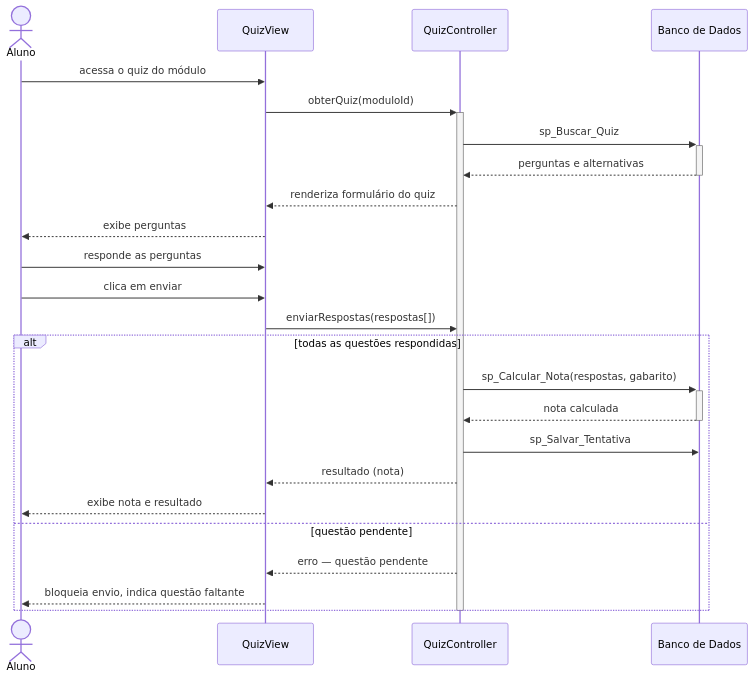
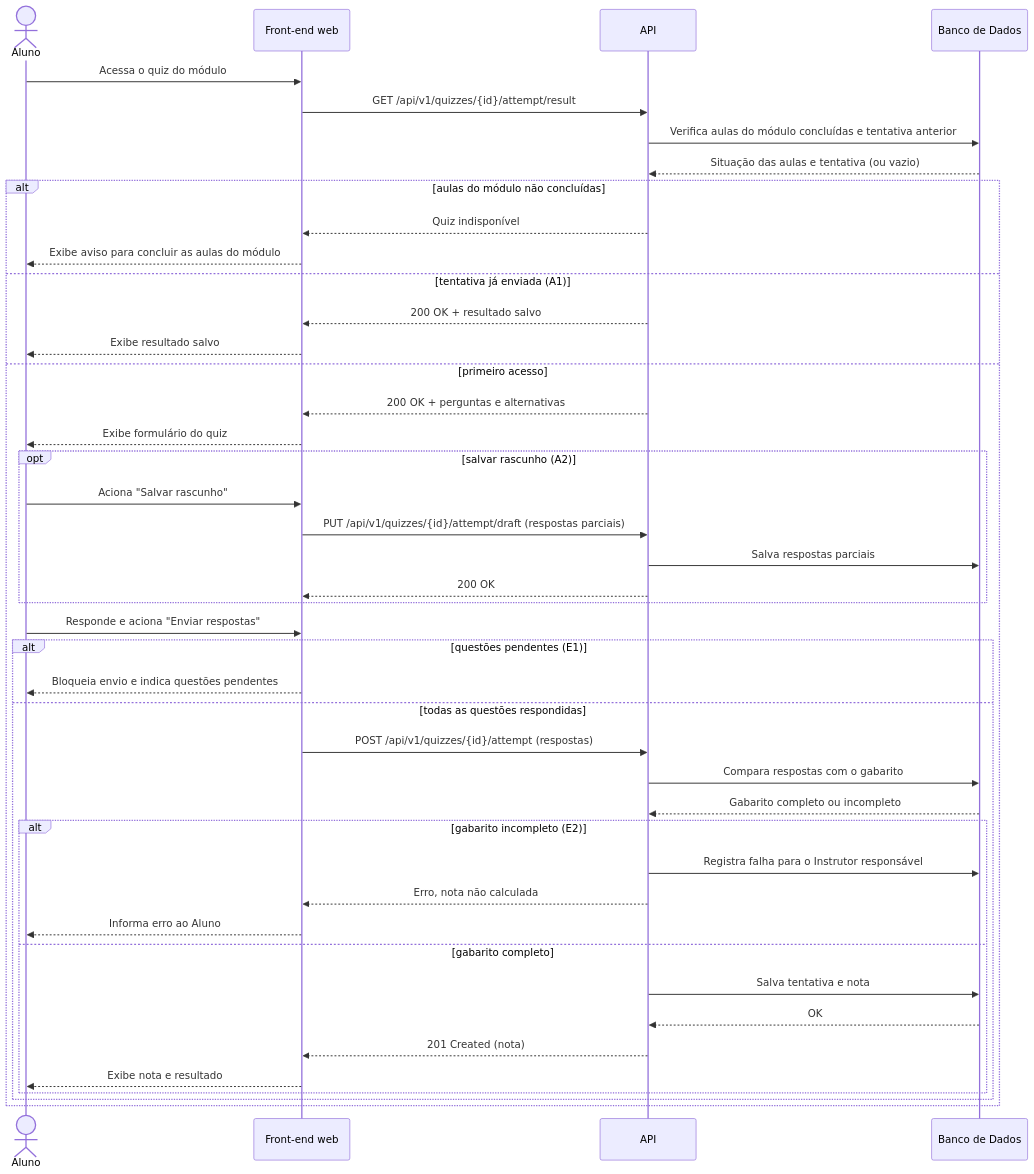
The diagram in docs/ssd/UC002-responder-quiz.md (Plataforma-de-Cursos-TCC/plataforma-cursos-docs), drawn with Mermaid before and after one commit. The commit also changed other lines of this file and 17 other files, not shown here.

````diff
--- a/docs/ssd/UC002-responder-quiz.md
+++ b/docs/ssd/UC002-responder-quiz.md
@@ -5,28 +5,46 @@
 ```mermaid
 sequenceDiagram
     actor Aluno
-    participant QuizView
-    participant QuizController
-    participant Banco de Dados
+    participant FE as Front-end web
+    participant API
+    participant DB as Banco de Dados
 
-    Aluno->>QuizView: acessa o quiz do módulo
-    QuizView->>+QuizController: obterQuiz(moduloId)
-    QuizController->>+Banco de Dados: sp_Buscar_Quiz
-    Banco de Dados-->>-QuizController: perguntas e alternativas
-    QuizController-->>QuizView: renderiza formulário do quiz
-    QuizView-->>Aluno: exibe perguntas
-    Aluno->>QuizView: responde as perguntas
-    Aluno->>QuizView: clica em enviar
-    QuizView->>QuizController: enviarRespostas(respostas[])
-    alt todas as questões respondidas
-        QuizController->>+Banco de Dados: sp_Calcular_Nota(respostas, gabarito)
-        Banco de Dados-->>-QuizController: nota calculada
-        QuizController->>Banco de Dados: sp_Salvar_Tentativa
-        QuizController-->>QuizView: resultado (nota)
-        QuizView-->>Aluno: exibe nota e resultado
-    else questão pendente
-        QuizController-->>QuizView: erro — questão pendente
-        QuizView-->>Aluno: bloqueia envio, indica questão faltante
+    Aluno->>FE: Acessa o quiz do módulo
+    FE->>API: GET /api/v1/quizzes/{id}/attempt/result
+    API->>DB: Verifica aulas do módulo concluídas e tentativa anterior
+    DB-->>API: Situação das aulas e tentativa (ou vazio)
+    alt aulas do módulo não concluídas
+        API-->>FE: Quiz indisponível
+        FE-->>Aluno: Exibe aviso para concluir as aulas do módulo
+    else tentativa já enviada (A1)
+        API-->>FE: 200 OK + resultado salvo
+        FE-->>Aluno: Exibe resultado salvo
+    else primeiro acesso
+        API-->>FE: 200 OK + perguntas e alternativas
+        FE-->>Aluno: Exibe formulário do quiz
+        opt salvar rascunho (A2)
+            Aluno->>FE: Aciona "Salvar rascunho"
+            FE->>API: PUT /api/v1/quizzes/{id}/attempt/draft (respostas parciais)
+            API->>DB: Salva respostas parciais
+            API-->>FE: 200 OK
+        end
+        Aluno->>FE: Responde e aciona "Enviar respostas"
+        alt questões pendentes (E1)
+            FE-->>Aluno: Bloqueia envio e indica questões pendentes
+        else todas as questões respondidas
+            FE->>API: POST /api/v1/quizzes/{id}/attempt (respostas)
+            API->>DB: Compara respostas com o gabarito
+            DB-->>API: Gabarito completo ou incompleto
+            alt gabarito incompleto (E2)
+                API->>DB: Registra falha para o Instrutor responsável
+                API-->>FE: Erro, nota não calculada
+                FE-->>Aluno: Informa erro ao Aluno
+            else gabarito completo
+                API->>DB: Salva tentativa e nota
+                DB-->>API: OK
+                API-->>FE: 201 Created (nota)
+                FE-->>Aluno: Exibe nota e resultado
+            end
+        end
     end
-    deactivate QuizController
 ```
````
